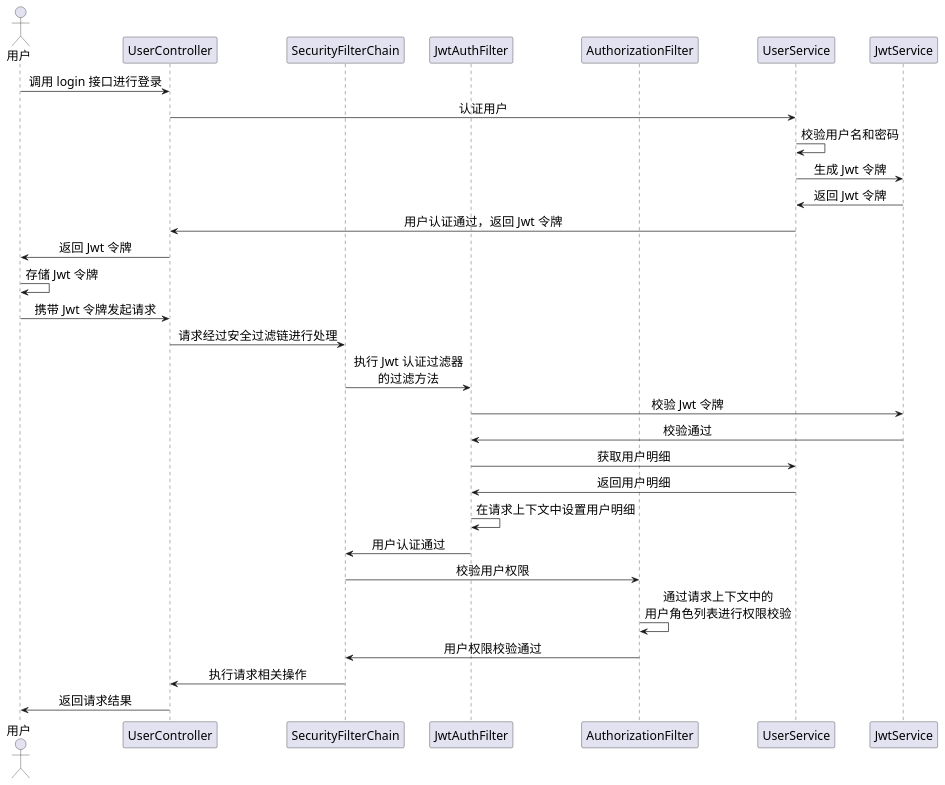
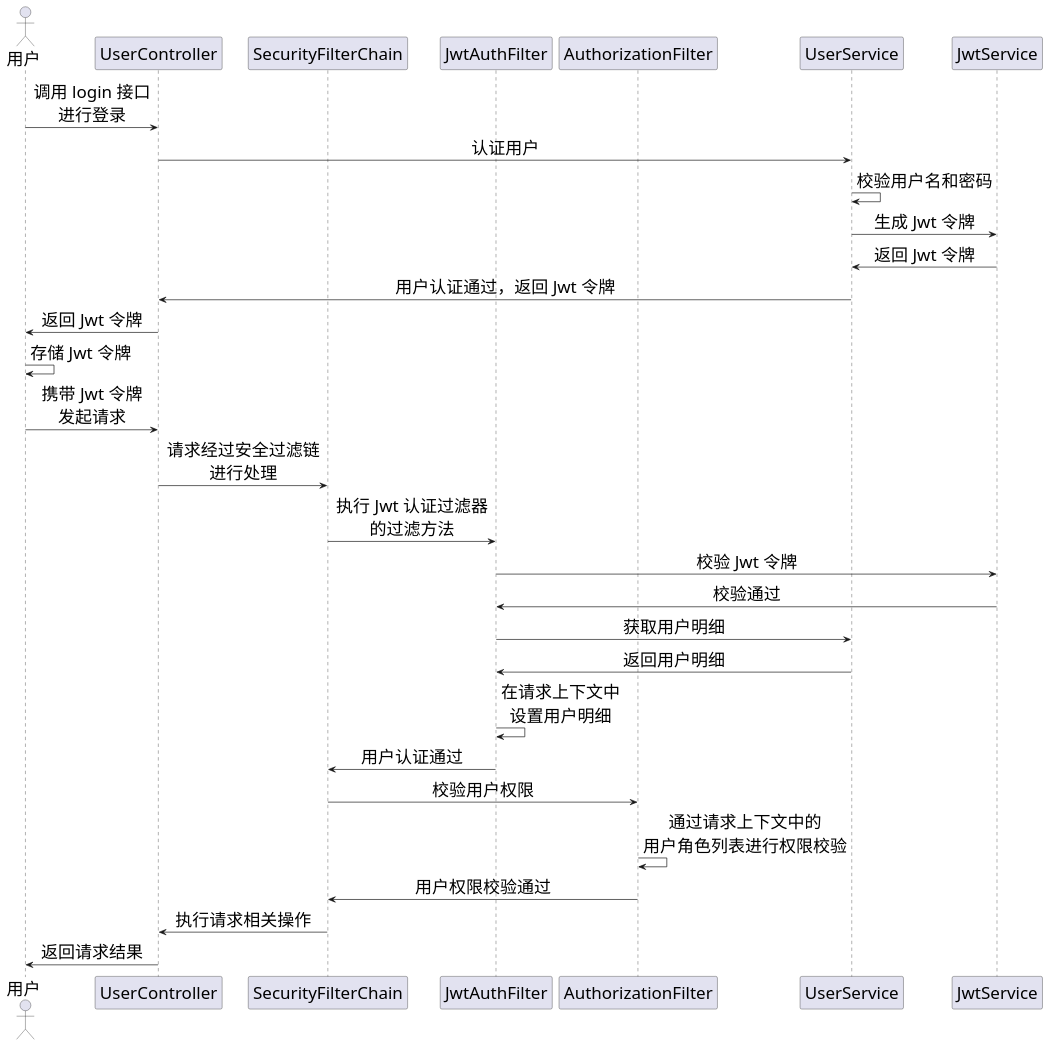
One commit to akynazh/aws changed the diagram in design/用户认证功能时序图.puml. Above: the diagram before and after it, drawn with PlantUML. The commit also changed 7 other files, not shown here.

```diff
--- a/design/用户认证功能时序图.puml
+++ b/design/用户认证功能时序图.puml
@@ -1,36 +1,36 @@
 @startuml
 
 skinparam sequenceMessageAlign center
-skinparam defaultFontSize 18
+skinparam defaultFontSize 25
 
 actor 用户 as Client
 participant "UserController" as UserController
 participant "SecurityFilterChain" as SecurityFilterChain
 participant "JwtAuthFilter" as JwtAuthFilter
 participant "AuthorizationFilter" as AuthorizationFilter
 participant "UserService" as UserService
 participant "JwtService" as JwtService
 
-Client -> UserController: 调用 login 接口进行登录
+Client -> UserController: 调用 login 接口\n进行登录
 UserController -> UserService: 认证用户
 UserService -> UserService: 校验用户名和密码
 UserService -> JwtService: 生成 Jwt 令牌
 JwtService -> UserService: 返回 Jwt 令牌
 UserService -> UserController: 用户认证通过，返回 Jwt 令牌
 UserController -> Client: 返回 Jwt 令牌
 Client -> Client: 存储 Jwt 令牌
-Client -> UserController: 携带 Jwt 令牌发起请求
-UserController -> SecurityFilterChain: 请求经过安全过滤链进行处理
+Client -> UserController: 携带 Jwt 令牌\n发起请求
+UserController -> SecurityFilterChain: 请求经过安全过滤链\n进行处理
 SecurityFilterChain -> JwtAuthFilter: 执行 Jwt 认证过滤器\n的过滤方法
 JwtAuthFilter -> JwtService: 校验 Jwt 令牌
 JwtService -> JwtAuthFilter: 校验通过
 JwtAuthFilter -> UserService: 获取用户明细
 UserService -> JwtAuthFilter: 返回用户明细
-JwtAuthFilter -> JwtAuthFilter: 在请求上下文中设置用户明细
+JwtAuthFilter -> JwtAuthFilter: 在请求上下文中\n设置用户明细
 JwtAuthFilter -> SecurityFilterChain: 用户认证通过
 SecurityFilterChain -> AuthorizationFilter: 校验用户权限
 AuthorizationFilter -> AuthorizationFilter: 通过请求上下文中的\n用户角色列表进行权限校验
 AuthorizationFilter -> SecurityFilterChain: 用户权限校验通过
 SecurityFilterChain -> UserController: 执行请求相关操作
 UserController -> Client: 返回请求结果
 @enduml
```
